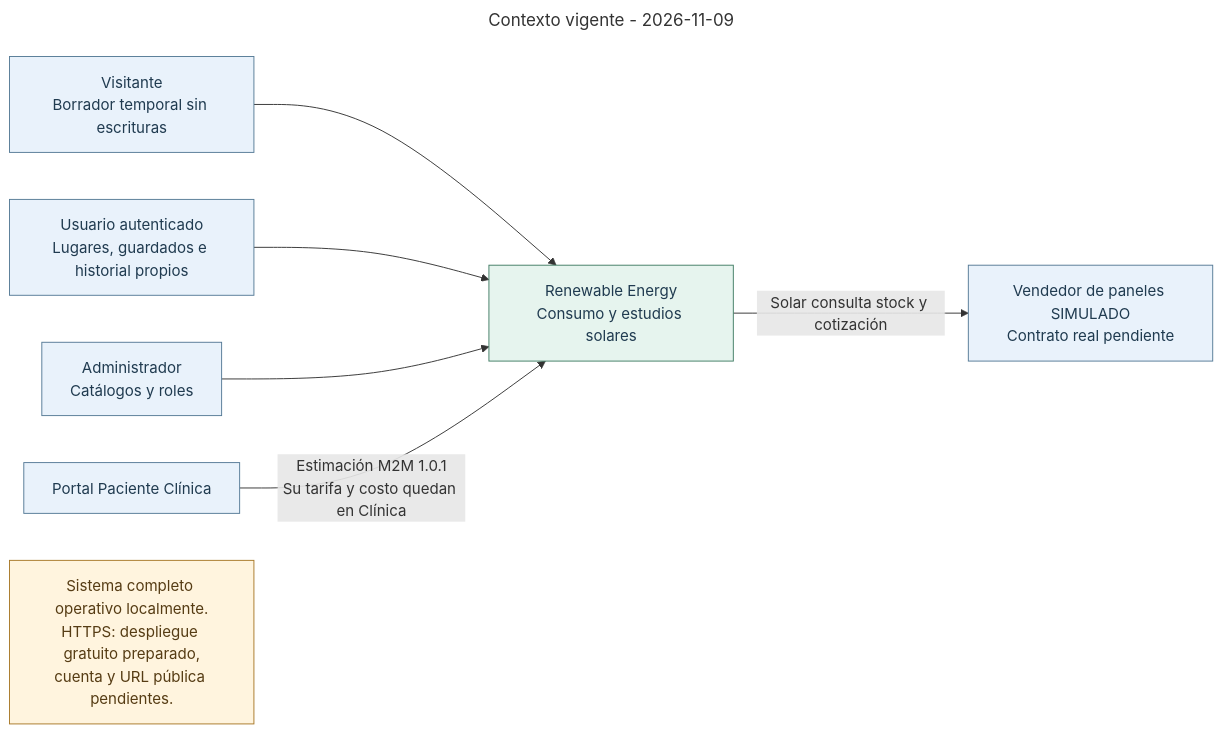
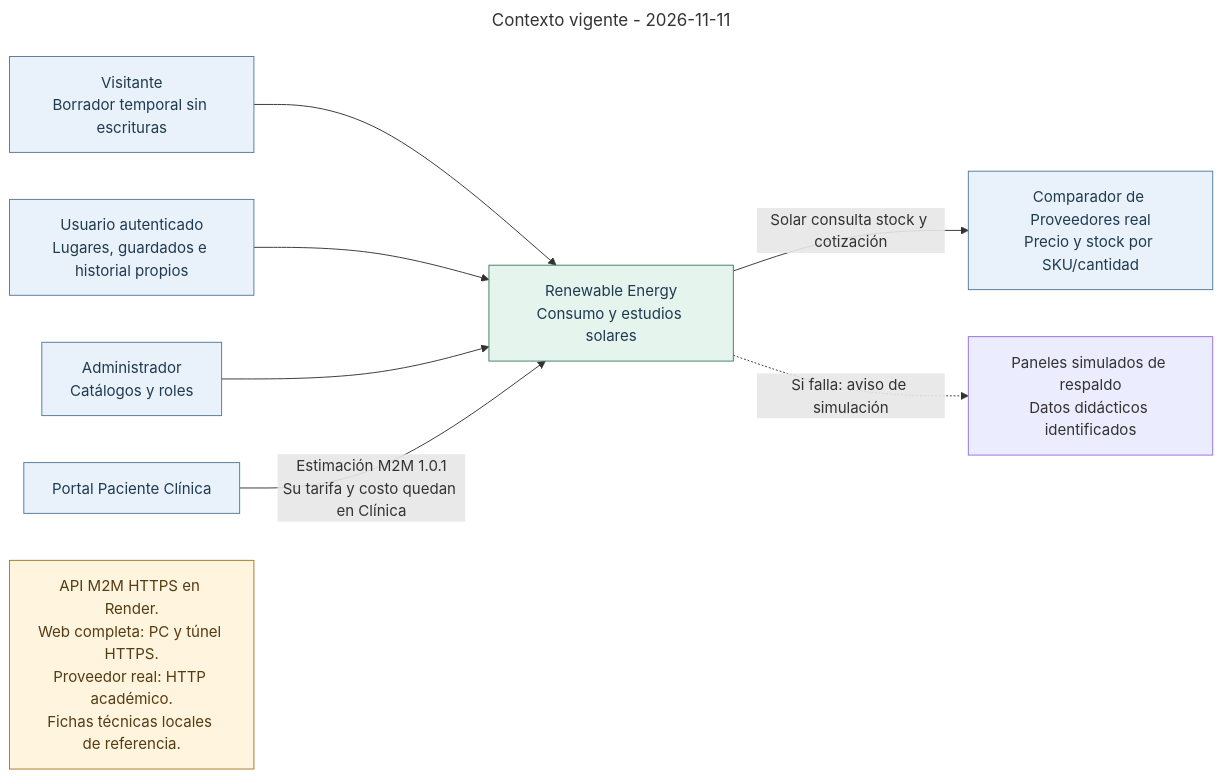
One commit to Franciscosrrr/ArquitecturasoftwareRenewableEnergyTiziFran changed the diagram in docs/diagrams/contexto.mmd. Above: the diagram before and after it, drawn with Mermaid. The commit also changed 153 other files, not shown here.

```diff
--- a/docs/diagrams/contexto.mmd
+++ b/docs/diagrams/contexto.mmd
@@ -1,16 +1,18 @@
 ---
-title: Contexto vigente - 2026-11-09
+title: Contexto vigente - 2026-11-11
 ---
 flowchart LR
  V["Visitante<br/>Borrador temporal sin escrituras"] --> SYS["Renewable Energy<br/>Consumo y estudios solares"]
  U["Usuario autenticado<br/>Lugares, guardados e historial propios"] --> SYS
  A["Administrador<br/>Catálogos y roles"] --> SYS
  C["Portal Paciente Clínica"] -->|"Estimación M2M 1.0.1<br/>Su tarifa y costo quedan en Clínica"| SYS
- SYS -->|"Solar consulta stock y cotización"| P["Vendedor de paneles SIMULADO<br/>Contrato real pendiente"]
- N["Sistema completo operativo localmente.<br/>HTTPS: despliegue gratuito preparado,<br/>cuenta y URL pública pendientes."]
+ SYS -->|"Solar consulta stock y cotización"| P["Comparador de Proveedores real<br/>Precio y stock por SKU/cantidad"]
+ N["API M2M HTTPS en Render.<br/>Web completa: PC y túnel HTTPS.<br/>Proveedor real: HTTP académico.<br/>Fichas técnicas locales de referencia."]
  classDef active fill:#e6f4ee,stroke:#417c64,color:#203b50
  classDef external fill:#e9f2fb,stroke:#557a96,color:#203b50
  classDef pending fill:#fff4de,stroke:#a87827,color:#563c14
  class SYS active
  class V,U,A,C,P external
  class N pending
+
+ SYS -. "Si falla: aviso de simulación" .-> SIM["Paneles simulados de respaldo<br/>Datos didácticos identificados"]
```
